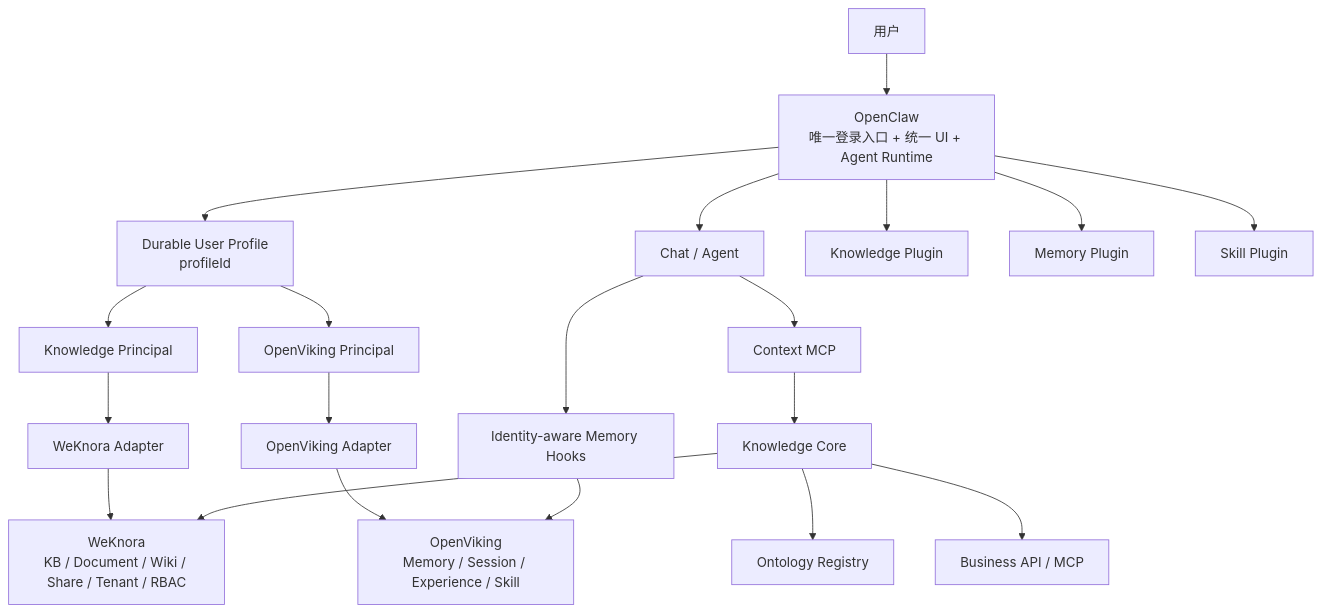
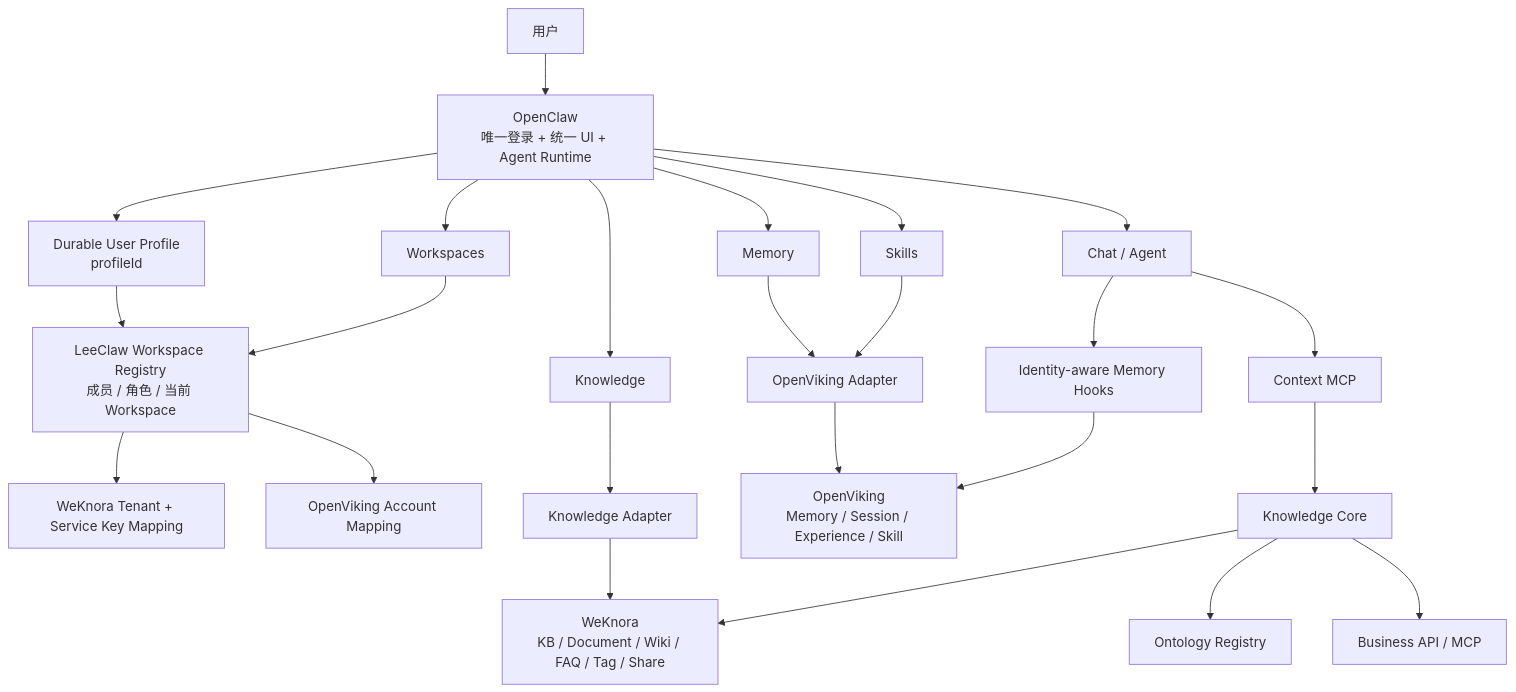
One commit to superbuzzy/Weknora-Semantica changed the diagram in README.md. Above: the diagram before and after it, drawn with Mermaid. The commit also changed other lines of this file and 46 other files, not shown here.

First line of the commit message:
LeeClaw v0.7 — Multi-Workspace + Complete Knowledge Management

````diff
--- a/README.md
+++ b/README.md
@@ -11,27 +13,31 @@
 ```mermaid
 flowchart TB
-    U[用户] --> OC[OpenClaw\n唯一登录入口 + 统一 UI + Agent Runtime]
+    U[用户] --> OC[OpenClaw\n唯一登录 + 统一 UI + Agent Runtime]
     OC --> P[Durable User Profile\nprofileId]
 
+    P --> WR[LeeClaw Workspace Registry\n成员 / 角色 / 当前 Workspace]
+    WR --> KMAP[WeKnora Tenant + Service Key Mapping]
+    WR --> MMAP[OpenViking Account Mapping]
+
     OC --> CHAT[Chat / Agent]
-    OC --> KUI[Knowledge Plugin]
-    OC --> MUI[Memory Plugin]
-    OC --> SUI[Skill Plugin]
+    OC --> KUI[Knowledge]
+    OC --> WUI[Workspaces]
+    OC --> MUI[Memory]
+    OC --> SUI[Skills]
 
-    P --> KP[Knowledge Principal]
-    KP --> KAD[WeKnora Adapter]
-    KAD --> WK[WeKnora\nKB / Document / Wiki / Share / Tenant / RBAC]
+    KUI --> KAD[Knowledge Adapter]
+    WUI --> WR
+    KAD --> WK[WeKnora\nKB / Document / Wiki / FAQ / Tag / Share]
 
-    P --> OP[OpenViking Principal]
-    OP --> OAD[OpenViking Adapter]
+    MUI --> OAD[OpenViking Adapter]
+    SUI --> OAD
+    CHAT --> MR[Identity-aware Memory Hooks]
     OAD --> OV[OpenViking\nMemory / Session / Experience / Skill]
-
-    CHAT --> MR[Identity-aware Memory Hooks]
     MR --> OV
 
     CHAT --> MCP[Context MCP]
     MCP --> KC[Knowledge Core]
     KC --> WK
     KC --> ONT[Ontology Registry]
     KC --> DATA[Business API / MCP]
 ```
````
